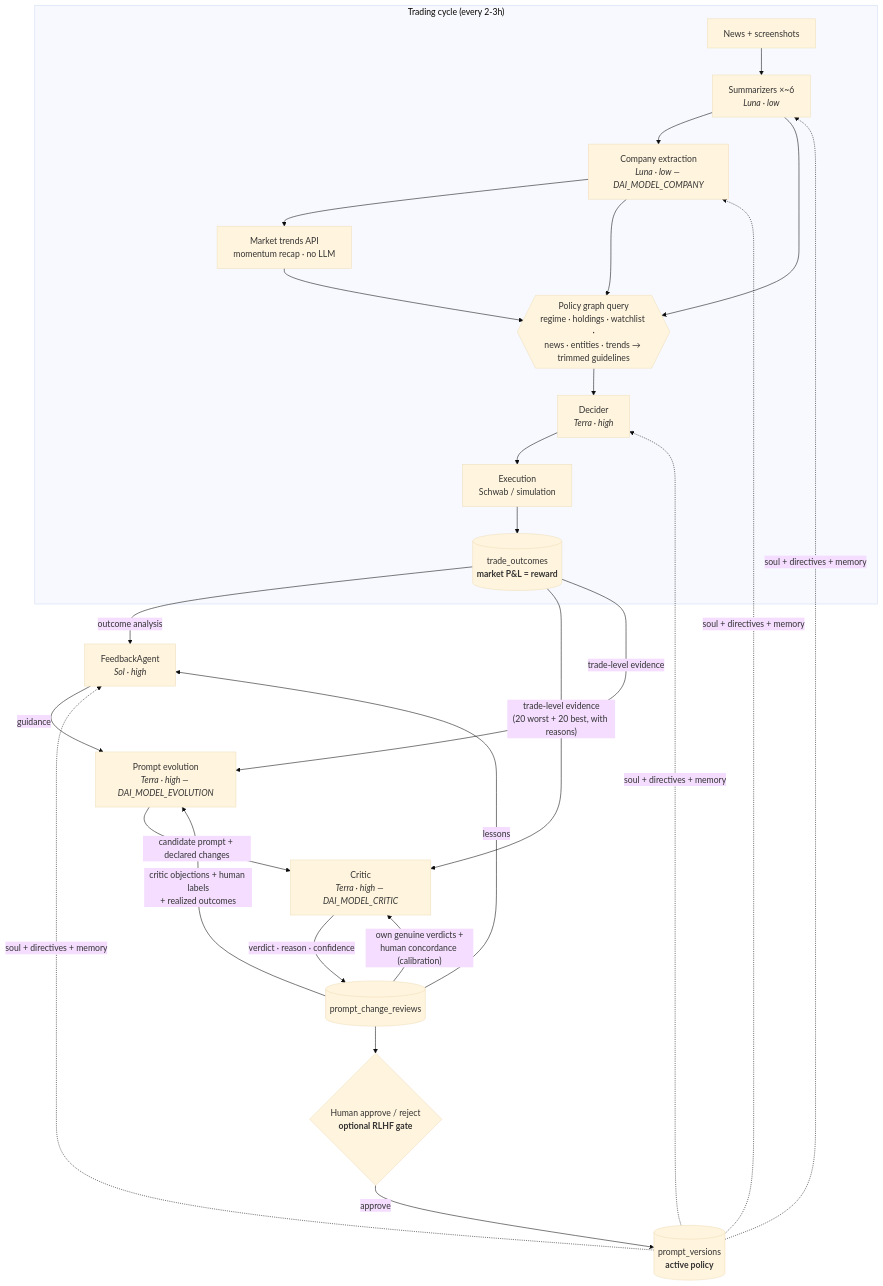
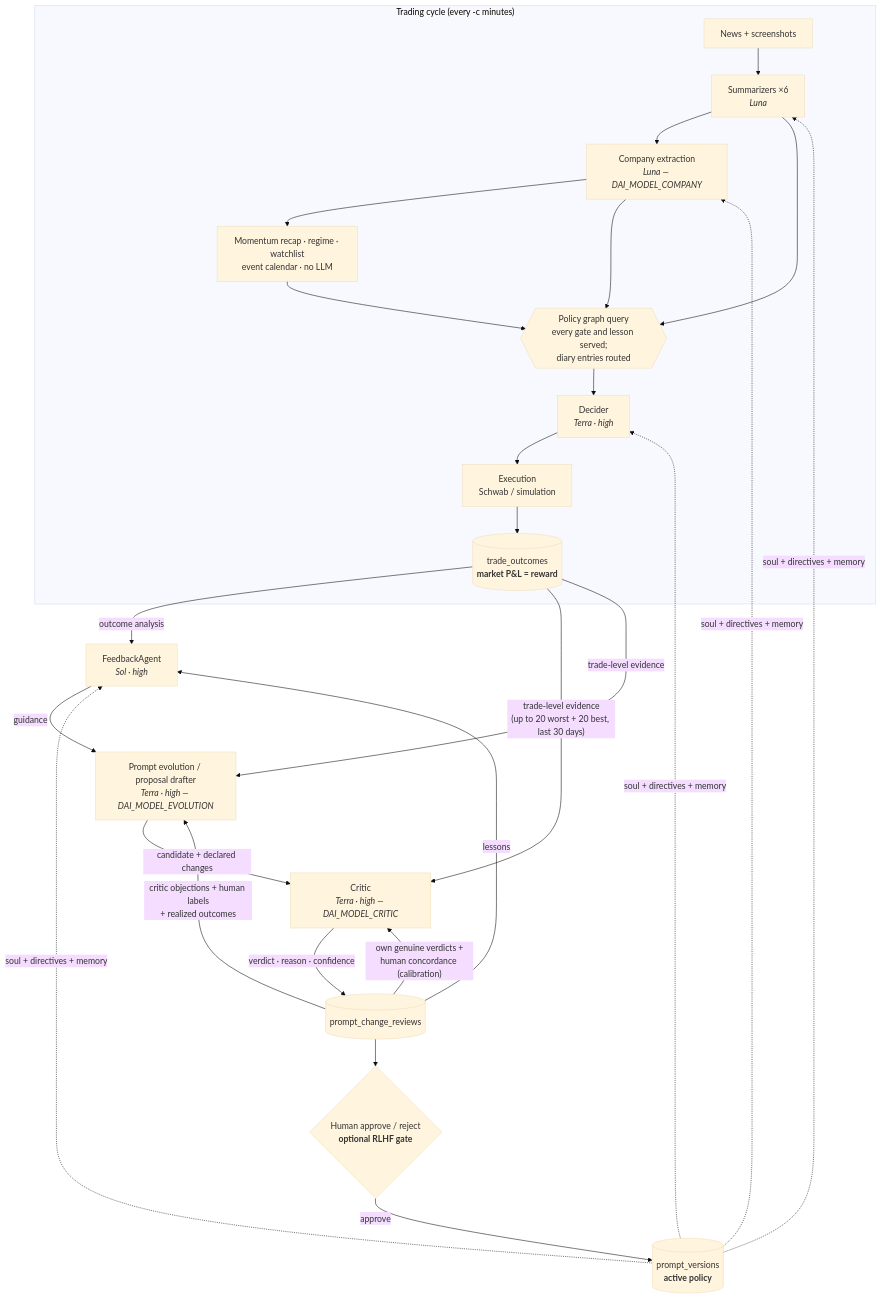
One commit to attdobi/d-ai-trader changed the diagram in README.md. Above: the diagram before and after it, drawn with Mermaid (base theme). The commit also changed other lines of this file and 70 other files, not shown here.

````diff
--- a/README.md
+++ b/README.md
@@ -80,26 +80,26 @@
 ```mermaid
 flowchart TB
-    subgraph CYCLE["Trading cycle (every 2-3h)"]
-        NEWS[News + screenshots] --> SUM[Summarizers ×~6<br/><i>Luna · low</i>]
-        SUM --> CO[Company extraction<br/><i>Luna · low — DAI_MODEL_COMPANY</i>]
-        CO --> TR[Market trends API<br/>momentum recap · no LLM]
-        SUM & CO & TR --> KG{{Policy graph query<br/>regime · holdings · watchlist ·<br/>news · entities · trends → trimmed guidelines}}
+    subgraph CYCLE["Trading cycle (every -c minutes)"]
+        NEWS[News + screenshots] --> SUM[Summarizers ×6<br/><i>Luna</i>]
+        SUM --> CO[Company extraction<br/><i>Luna — DAI_MODEL_COMPANY</i>]
+        CO --> TR[Momentum recap · regime · watchlist<br/>event calendar · no LLM]
+        SUM & CO & TR --> KG{{Policy graph query<br/>every gate and lesson served;<br/>diary entries routed}}
         KG --> DEC[Decider<br/><i>Terra · high</i>]
         DEC --> EXEC[Execution<br/>Schwab / simulation]
         EXEC --> OUT[(trade_outcomes<br/><b>market P&L = reward</b>)]
     end
 
     OUT -->|outcome analysis| FB[FeedbackAgent<br/><i>Sol · high</i>]
-    FB -->|guidance| GEN[Prompt evolution<br/><i>Terra · high — DAI_MODEL_EVOLUTION</i>]
-    GEN -->|candidate prompt + declared changes| CRITIC[Critic<br/><i>Terra · high — DAI_MODEL_CRITIC</i>]
-    OUT -->|"trade-level evidence<br/>(20 worst + 20 best, with reasons)"| CRITIC
+    FB -->|guidance| GEN[Prompt evolution / proposal drafter<br/><i>Terra · high — DAI_MODEL_EVOLUTION</i>]
+    GEN -->|candidate + declared changes| CRITIC[Critic<br/><i>Terra · high — DAI_MODEL_CRITIC</i>]
+    OUT -->|"trade-level evidence<br/>(up to 20 worst + 20 best, last 30 days)"| CRITIC
     OUT -->|trade-level evidence| GEN
     CRITIC -->|verdict · reason · confidence| REV[(prompt_change_reviews)]
     REV --> HUMAN{Human approve / reject<br/><b>optional RLHF gate</b>}
     HUMAN -->|approve| POL[(prompt_versions<br/><b>active policy</b>)]
     POL -.->|soul + directives + memory| SUM & CO & DEC & FB
 
     REV -->|"critic objections + human labels<br/>+ realized outcomes"| GEN
     REV -->|lessons| FB
     REV -->|"own genuine verdicts +<br/>human concordance (calibration)"| CRITIC
 ```
````
